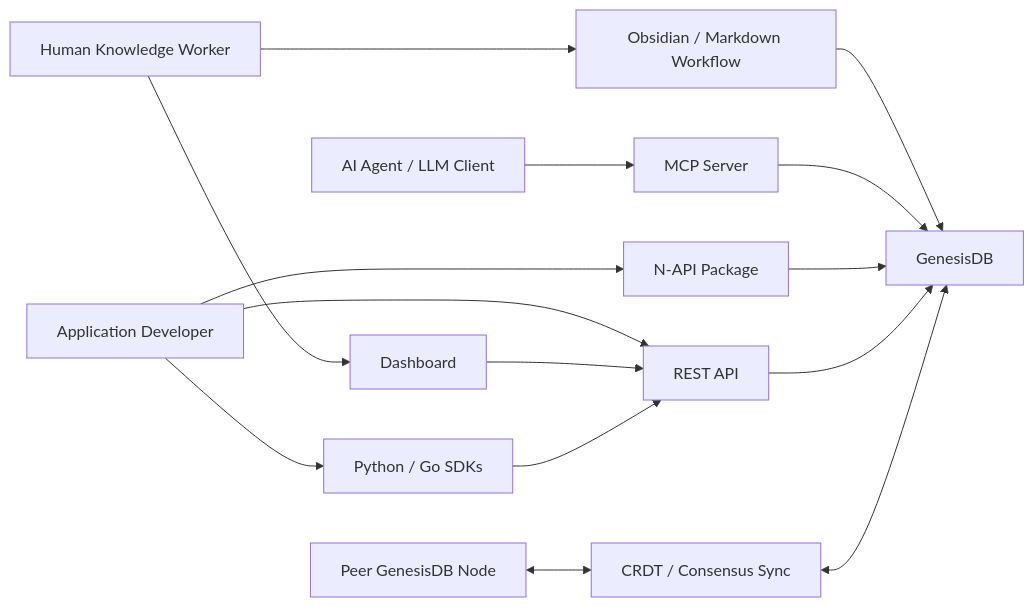
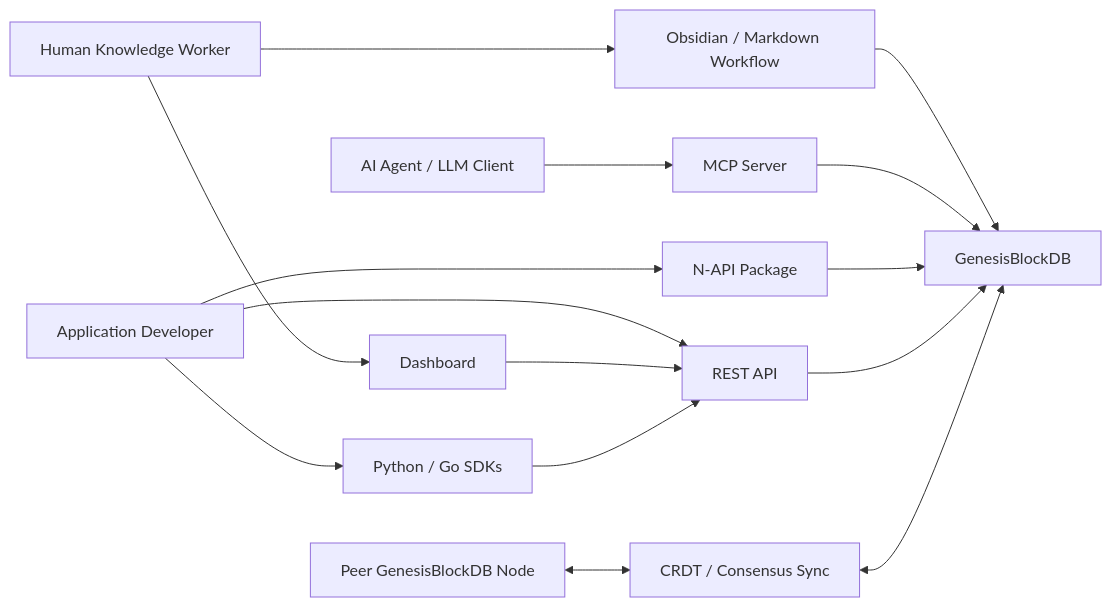
The first of 2 diagrams in docs/C4--GENESISDB-ARCHITECTURE.md (Freshair129/GenesisBlock), drawn with Mermaid before and after one commit. The commit also changed other lines of this file and 82 other files, not shown here.

First line of the commit message:
docs: rename GenesisDB -> GenesisBlockDB across repo

````diff
--- a/docs/C4--GENESISDB-ARCHITECTURE.md
+++ b/docs/C4--GENESISDB-ARCHITECTURE.md
@@ -62,18 +62,18 @@
 ```mermaid
 flowchart LR
     human["Human Knowledge Worker"] --> obsidian["Obsidian / Markdown Workflow"]
     human --> dashboard["Dashboard"]
     agent["AI Agent / LLM Client"] --> mcp["MCP Server"]
     app["Application Developer"] --> napi["N-API Package"]
     app --> rest["REST API"]
     app --> sdk["Python / Go SDKs"]
-    peer["Peer GenesisDB Node"] <--> sync["CRDT / Consensus Sync"]
+    peer["Peer GenesisBlockDB Node"] <--> sync["CRDT / Consensus Sync"]
 
-    obsidian --> core["GenesisDB"]
+    obsidian --> core["GenesisBlockDB"]
     dashboard --> rest
     mcp --> core
     napi --> core
     rest --> core
     sdk --> rest
     sync <--> core
 ```
````
